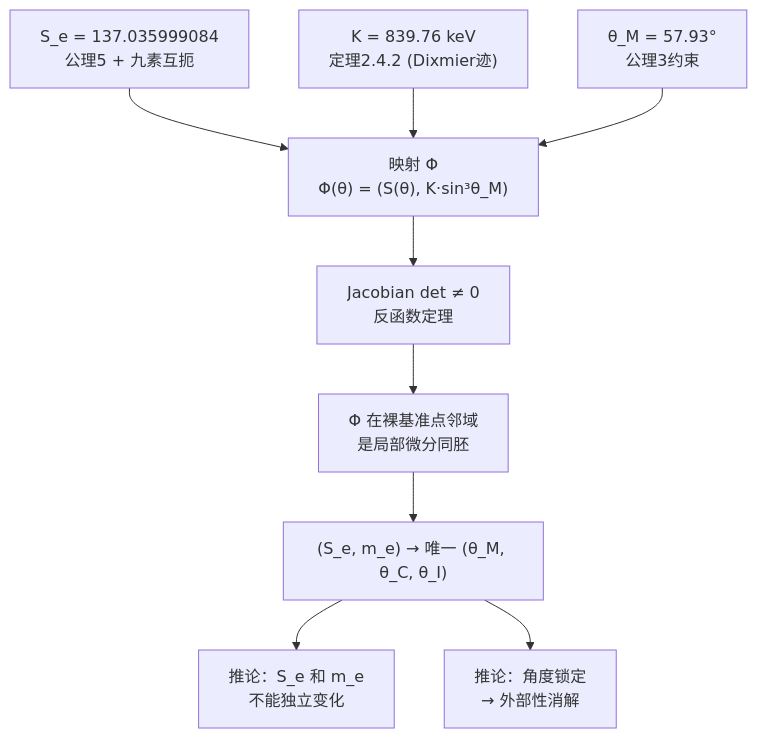
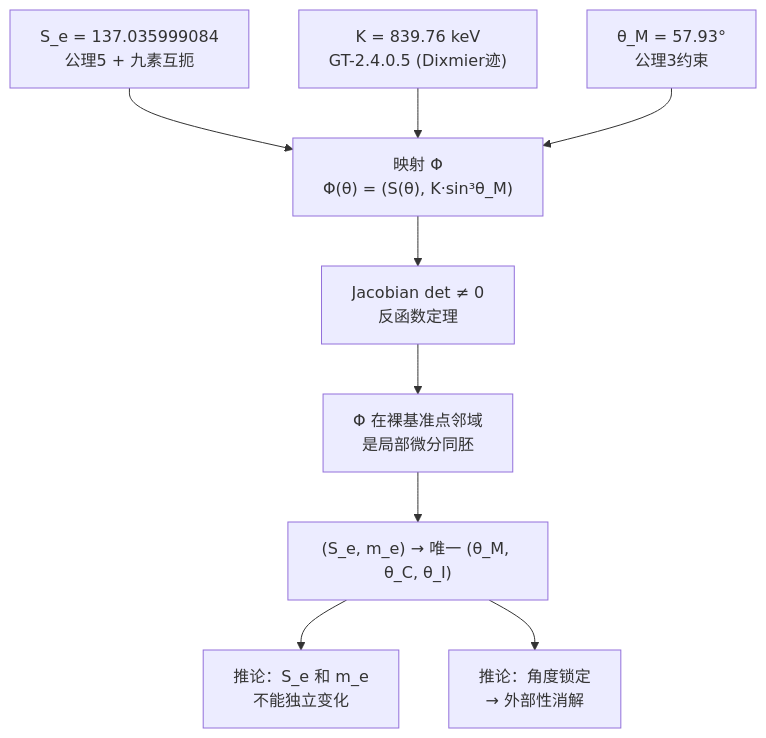
Before and after one commit to sdoygb/geometry-ai-server: the diagram in app/articles/GT-Vault/Vol-2_量纲桥/2.5_谱互锁定理.md, drawn with Mermaid. The commit also changed other lines of this file, not shown here.

Commit message:
AI修改: GT-Vault/Vol-2_量纲桥/2.5_谱互锁定理.md (189行)

````diff
--- a/app/articles/GT-Vault/Vol-2_量纲桥/2.5_谱互锁定理.md
+++ b/app/articles/GT-Vault/Vol-2_量纲桥/2.5_谱互锁定理.md
@@ -126,11 +126,11 @@
 ```mermaid
 flowchart TD
     A["S_e = 137.035999084<br/>公理5 + 九素互扼"] --> D["映射 Φ<br/>Φ(θ) = (S(θ), K·sin³θ_M)"]
-    B["K = 839.76 keV<br/>定理2.4.2 (Dixmier迹)"] --> D
+    B["K = 839.76 keV<br/>GT-2.4.0.5 (Dixmier迹)"] --> D
     C["θ_M = 57.93°<br/>公理3约束"] --> D
     D --> E["Jacobian det ≠ 0<br/>反函数定理"]
     E --> F["Φ 在裸基准点邻域<br/>是局部微分同胚"]
     F --> G["(S_e, m_e) → 唯一 (θ_M, θ_C, θ_I)"]
     G --> H["推论：S_e 和 m_e<br/>不能独立变化"]
     G --> I["推论：角度锁定<br/>→ 外部性消解"]
 ```
````
